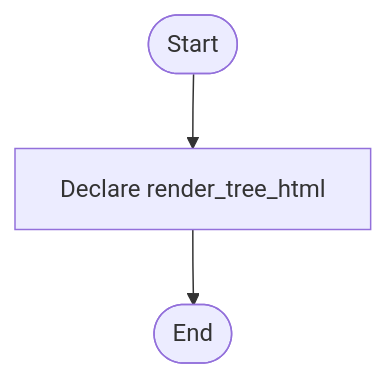
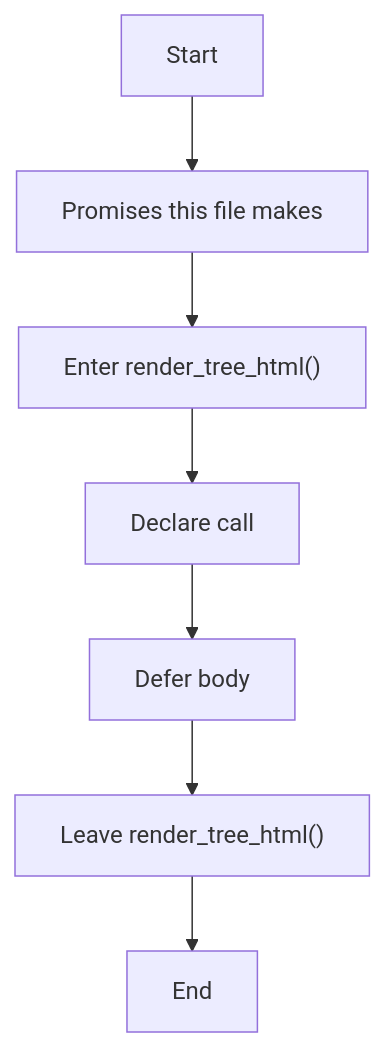
Before and after one commit to JohnAndrewBalbarosa/NeoTerritory: the first of 2 diagrams in docs/Codebase/Microservice/Modules/Header/SyntacticBrokenAST/Output-and-Rendering/tree_html_renderer.hpp.md, drawn with Mermaid. The commit also changed other lines of this file and 752 other files, not shown here.

````diff
--- a/docs/Codebase/Microservice/Modules/Header/SyntacticBrokenAST/Output-and-Rendering/tree_html_renderer.hpp.md
+++ b/docs/Codebase/Microservice/Modules/Header/SyntacticBrokenAST/Output-and-Rendering/tree_html_renderer.hpp.md
@@ -30,8 +22,16 @@
 ```mermaid
 flowchart TD
-    Start([Start])
-    N0[Declare render_tree_html]
-    End([End])
+    Start["Start"]
+    N0["Promises this file makes"]
+    N1["Enter render_tree_html()"]
+    N2["Declare call"]
+    N3["Defer body"]
+    N4["Leave render_tree_html()"]
+    End["End"]
     Start --> N0
-    N0 --> End
+    N0 --> N1
+    N1 --> N2
+    N2 --> N3
+    N3 --> N4
+    N4 --> End
 ```
````
